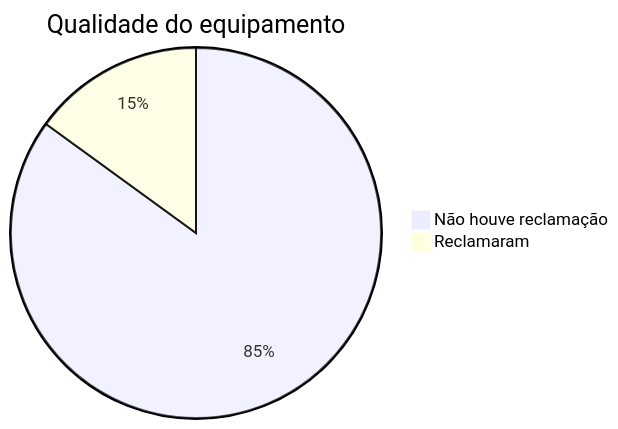
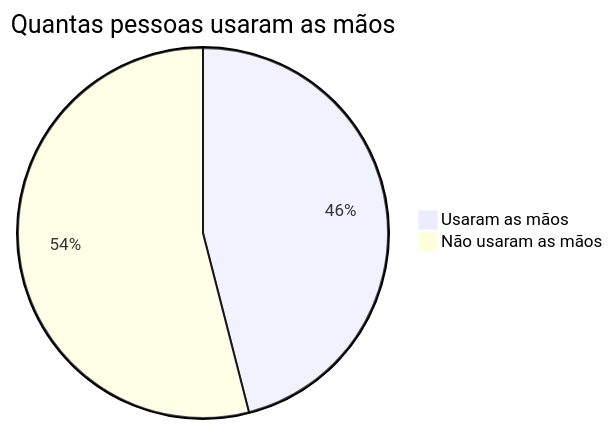
Before and after one commit to ArturJMartins/CG_ProjetoFinal: the diagram in README.md, drawn with Mermaid.

Commit message:
new graph

````diff
--- a/README.md
+++ b/README.md
@@ -51,6 +51,6 @@
 ```mermaid
 pie
-    title Qualidade do equipamento
-    "Não houve reclamação" : 85
-    "Reclamaram" : 15
+    title Quantas pessoas usaram as mãos
+    "Usaram as mãos" : 46
+    "Não usaram as mãos" : 54
 ```
````
